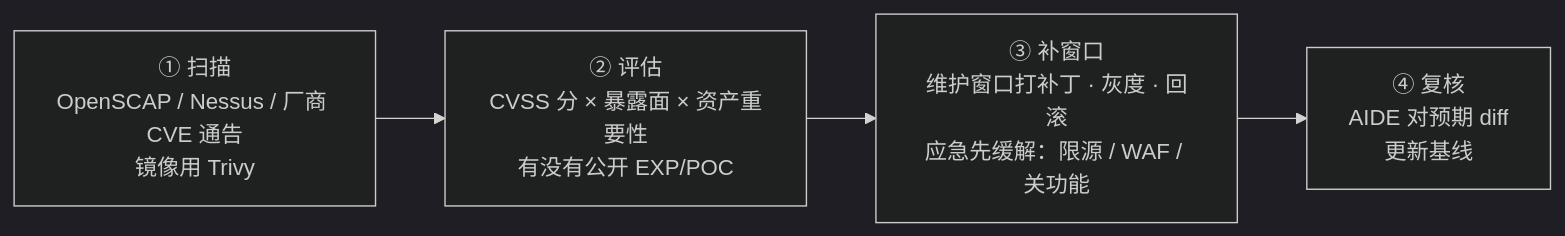
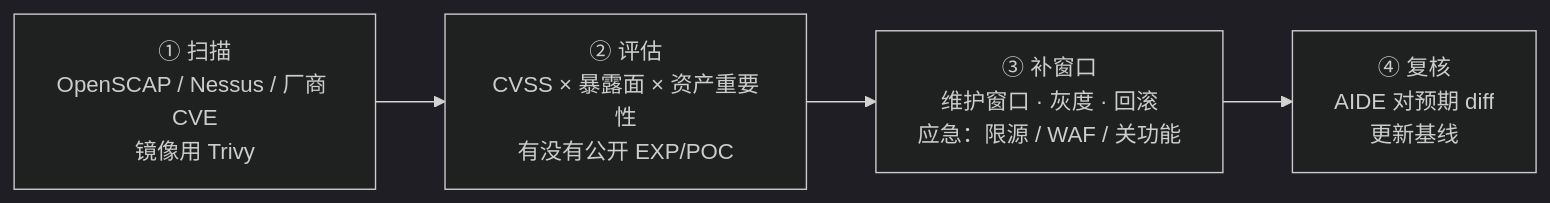
The fourth of 6 diagrams in 01-基础底座/27-Linux安全加固/知识点.md (ml-cuizijun/LearnToLilith), drawn with Mermaid (dark theme) before and after one commit. The commit also changed other lines of this file and 178 other files, not shown here.

````diff
--- a/01-基础底座/27-Linux安全加固/知识点.md
+++ b/01-基础底座/27-Linux安全加固/知识点.md
@@ -559,6 +532,6 @@
 ```mermaid
 flowchart LR
-    SCAN["① 扫描<br/>OpenSCAP / Nessus / 厂商 CVE 通告<br/>镜像用 Trivy"] --> ASSESS["② 评估<br/>CVSS 分 × 暴露面 × 资产重要性<br/>有没有公开 EXP/POC"]
-    ASSESS --> PATCH["③ 补窗口<br/>维护窗口打补丁 · 灰度 · 回滚<br/>应急先缓解：限源 / WAF / 关功能"]
+    SCAN["① 扫描<br/>OpenSCAP / Nessus / 厂商 CVE<br/>镜像用 Trivy"] --> ASSESS["② 评估<br/>CVSS × 暴露面 × 资产重要性<br/>有没有公开 EXP/POC"]
+    ASSESS --> PATCH["③ 补窗口<br/>维护窗口 · 灰度 · 回滚<br/>应急：限源 / WAF / 关功能"]
     PATCH --> RECHECK["④ 复核<br/>AIDE 对预期 diff<br/>更新基线"]
 ```
````
